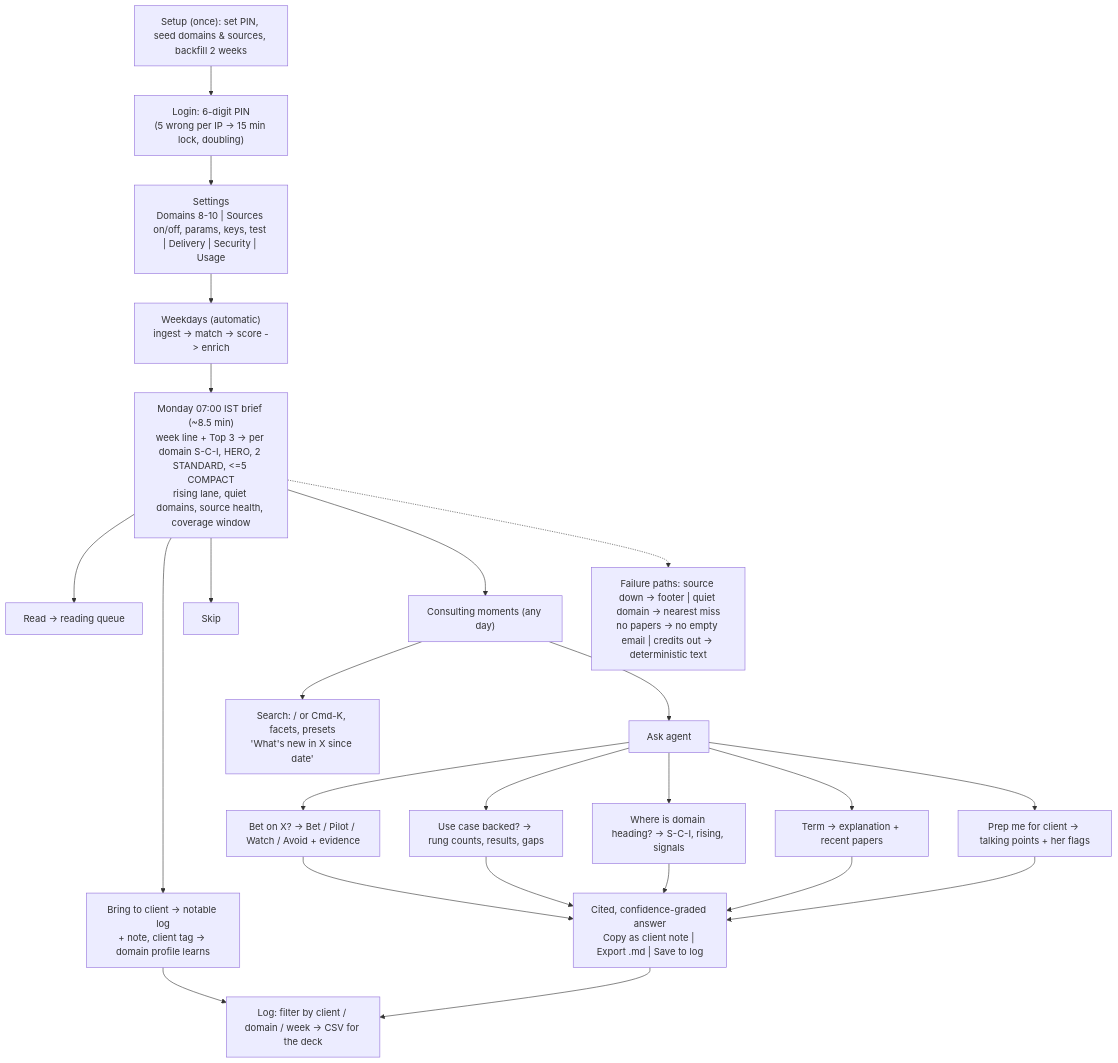
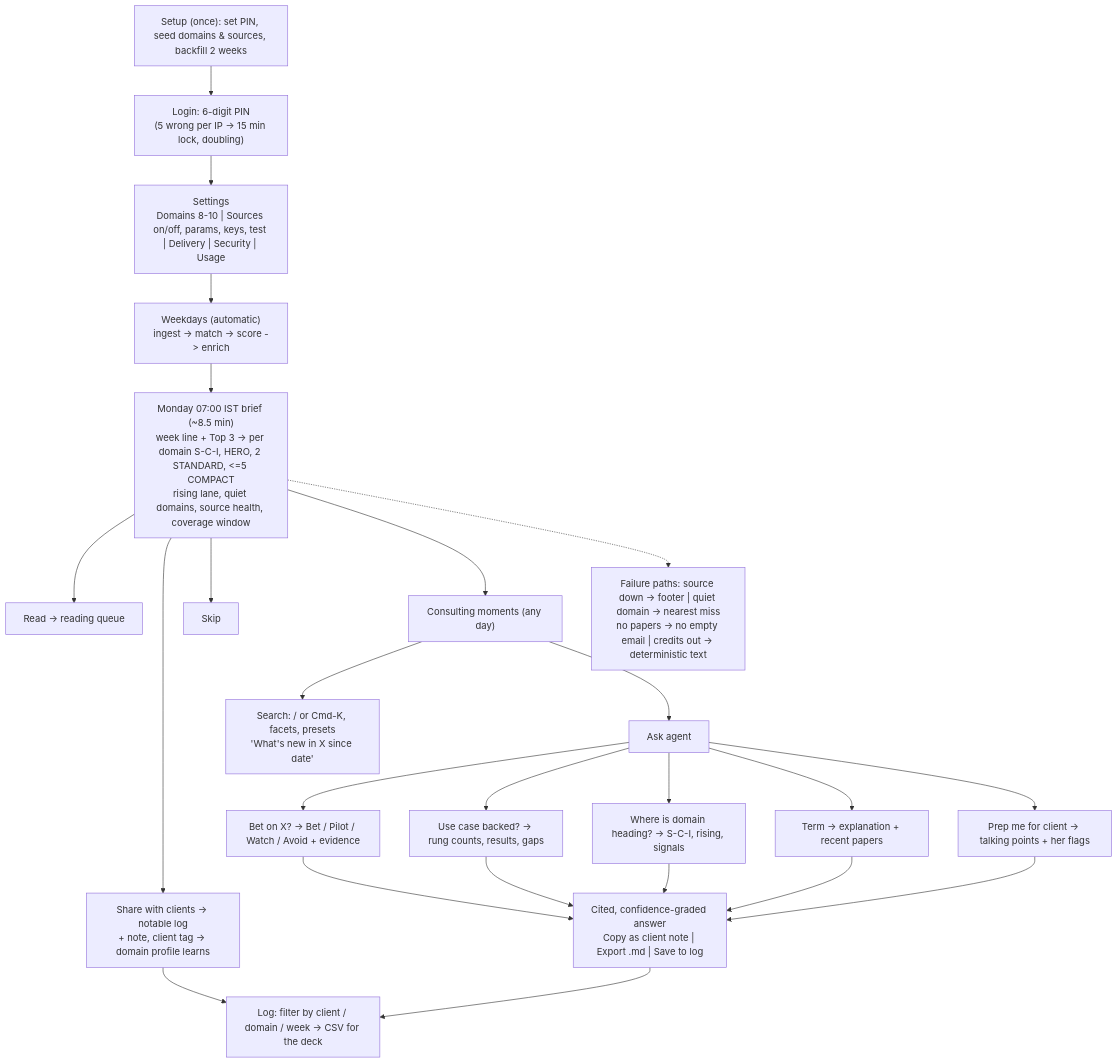
The diagram in docs/diagrams/user-flow.mmd (SathishAchilles/research-signal), drawn with Mermaid before and after one commit. The commit also changed 14 other files, not shown here.

First line of the commit message:
Rename the CLIENT verdict label to Share with clients

```diff
--- a/docs/diagrams/user-flow.mmd
+++ b/docs/diagrams/user-flow.mmd
@@ -1,20 +1,20 @@
 flowchart TB
   A["Setup (once): set PIN, seed domains & sources, backfill 2 weeks"] --> B["Login: 6-digit PIN<br/>(5 wrong per IP -> 15 min lock, doubling)"]
   B --> C["Settings<br/>Domains 8-10 | Sources on/off, params, keys, test | Delivery | Security | Usage"]
   C --> D["Weekdays (automatic)<br/>ingest -> match -> score -> enrich"]
   D --> E["Monday 07:00 IST brief (~8.5 min)<br/>week line + Top 3 -> per domain S-C-I, HERO, 2 STANDARD, <=5 COMPACT<br/>rising lane, quiet domains, source health, coverage window"]
   E --> F["Read -> reading queue"]
-  E --> G["Bring to client -> notable log<br/>+ note, client tag -> domain profile learns"]
+  E --> G["Share with clients -> notable log<br/>+ note, client tag -> domain profile learns"]
   E --> H["Skip"]
   G --> L["Log: filter by client / domain / week -> CSV for the deck"]
   E --> M["Consulting moments (any day)"]
   M --> S["Search: / or Cmd-K, facets, presets<br/>'What's new in X since date'"]
   M --> Q["Ask agent"]
   Q --> Q1["Bet on X? -> Bet / Pilot / Watch / Avoid + evidence"]
   Q --> Q2["Use case backed? -> rung counts, results, gaps"]
   Q --> Q3["Where is domain heading? -> S-C-I, rising, signals"]
   Q --> Q4["Term -> explanation + recent papers"]
   Q --> Q5["Prep me for client -> talking points + her flags"]
   Q1 & Q2 & Q3 & Q4 & Q5 --> R["Cited, confidence-graded answer<br/>Copy as client note | Export .md | Save to log"]
   R --> L
   E -.-> X["Failure paths: source down -> footer | quiet domain -> nearest miss<br/>no papers -> no empty email | credits out -> deterministic text"]
```
